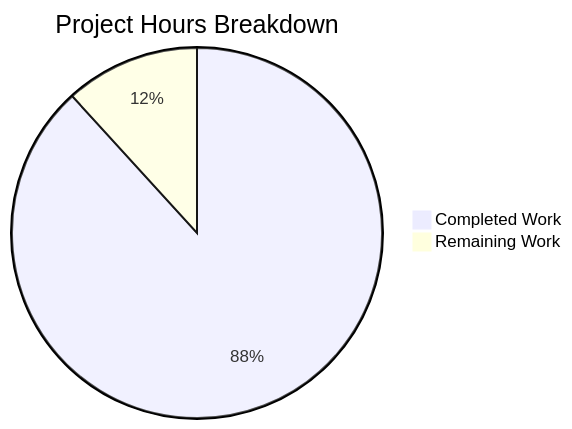
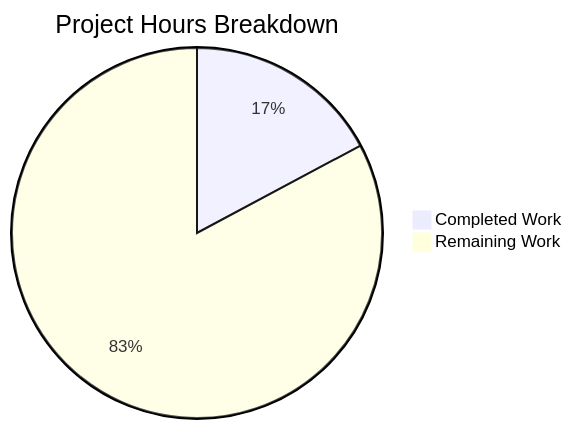
Before and after one commit to Blitzy-Sandbox/blitzy-odoo: the first of 2 diagrams in blitzy/documentation/Project Guide.md, drawn with Mermaid. The commit also changed other lines of this file, not shown here.

Commit message:
Adding Blitzy Project Guide: Project Status and Human Tasks Remaining

````diff
--- a/blitzy/documentation/Project Guide.md
+++ b/blitzy/documentation/Project Guide.md
@@ -51,5 +58,5 @@
 ```mermaid
 pie title Project Hours Breakdown
-    "Completed Work" : 120
-    "Remaining Work" : 16
+    "Completed Work" : 110
+    "Remaining Work" : 530
 ```
````
